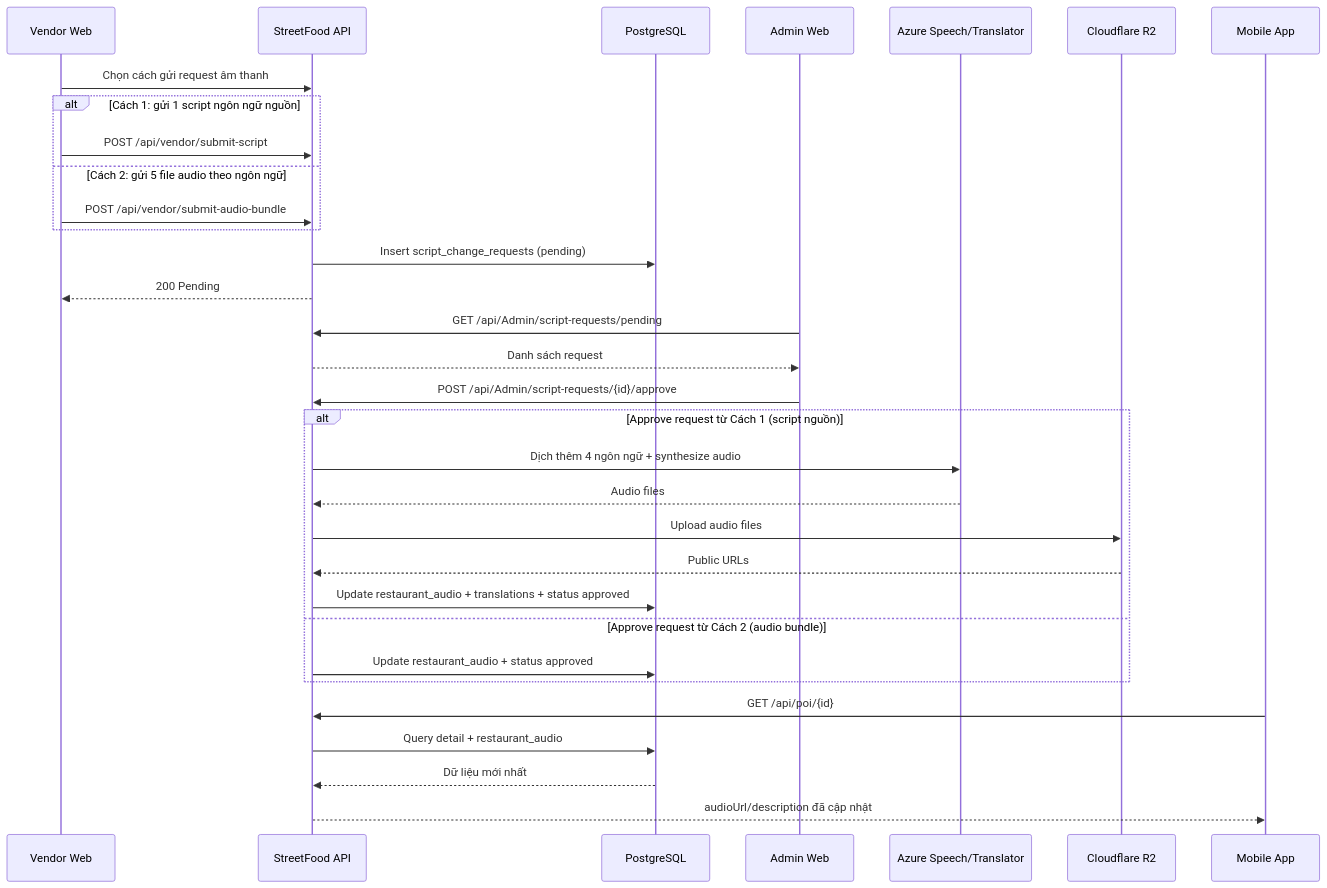
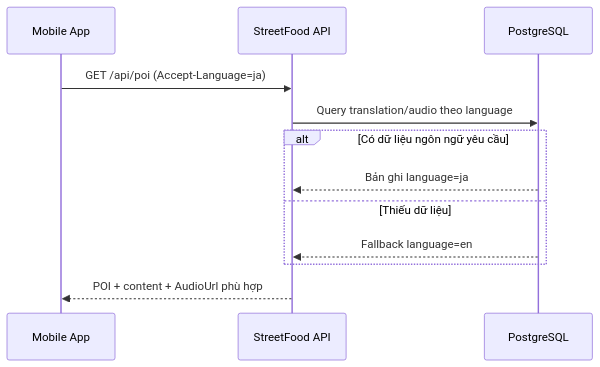
The tenth of 46 diagrams in prd.md (NguyenPhuc-Du/StreetFood), drawn with Mermaid before and after one commit. The commit also changed other lines of this file and 1 other file, not shown here.

````diff
--- a/prd.md
+++ b/prd.md
@@ -741,38 +782,14 @@
 ```mermaid
 sequenceDiagram
-    participant V as Vendor Web
+    participant M as Mobile App
     participant API as StreetFood API
     participant DB as PostgreSQL
-    participant A as Admin Web
-    participant TTS as Azure Speech/Translator
-    participant R2 as Cloudflare R2
-    participant M as Mobile App
-
-    V->>API: Chọn cách gửi request âm thanh
-    alt Cách 1: gửi 1 script ngôn ngữ nguồn
-        V->>API: POST /api/vendor/submit-script
-    else Cách 2: gửi 5 file audio theo ngôn ngữ
-        V->>API: POST /api/vendor/submit-audio-bundle
+    M->>API: GET /api/poi (Accept-Language=ja)
+    API->>DB: Query translation/audio theo language
+    alt Có dữ liệu ngôn ngữ yêu cầu
+        DB-->>API: Bản ghi language=ja
+    else Thiếu dữ liệu
+        DB-->>API: Fallback language=en
     end
-    API->>DB: Insert script_change_requests (pending)
-    API-->>V: 200 Pending
-
-    A->>API: GET /api/Admin/script-requests/pending
-    API-->>A: Danh sách request
-    A->>API: POST /api/Admin/script-requests/{id}/approve
-
-    alt Approve request từ Cách 1 (script nguồn)
-        API->>TTS: Dịch thêm 4 ngôn ngữ + synthesize audio
-        TTS-->>API: Audio files
-        API->>R2: Upload audio files
-        R2-->>API: Public URLs
-        API->>DB: Update restaurant_audio + translations + status approved
-    else Approve request từ Cách 2 (audio bundle)
-        API->>DB: Update restaurant_audio + status approved
-    end
-
-    M->>API: GET /api/poi/{id}
-    API->>DB: Query detail + restaurant_audio
-    DB-->>API: Dữ liệu mới nhất
-    API-->>M: audioUrl/description đã cập nhật
+    API-->>M: POI + content + AudioUrl phù hợp
 ```
````
